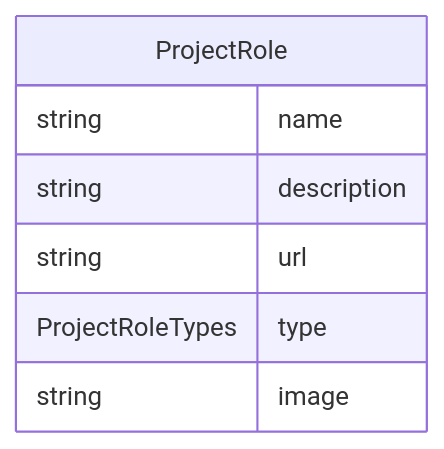
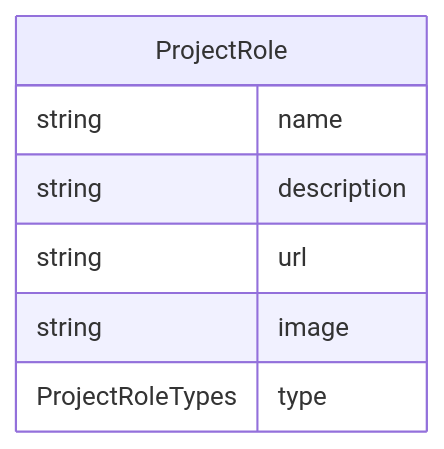
Before and after one commit to regen-network/regen-data-standards: the diagram in schema/generated/ProjectRole.md, drawn with Mermaid. The commit also changed other lines of this file and 76 other files, not shown here.

First line of the commit message:
refactor Terrasos specific project schema to its own linkml class (#23)

````diff
--- a/schema/generated/ProjectRole.md
+++ b/schema/generated/ProjectRole.md
@@ -11,13 +11,13 @@
 ```mermaid
 erDiagram
 ProjectRole {
     string name  
     string description  
     string url  
+    string image  
     ProjectRoleTypes type  
-    string image  
 }
 
 
 
 ```
````
